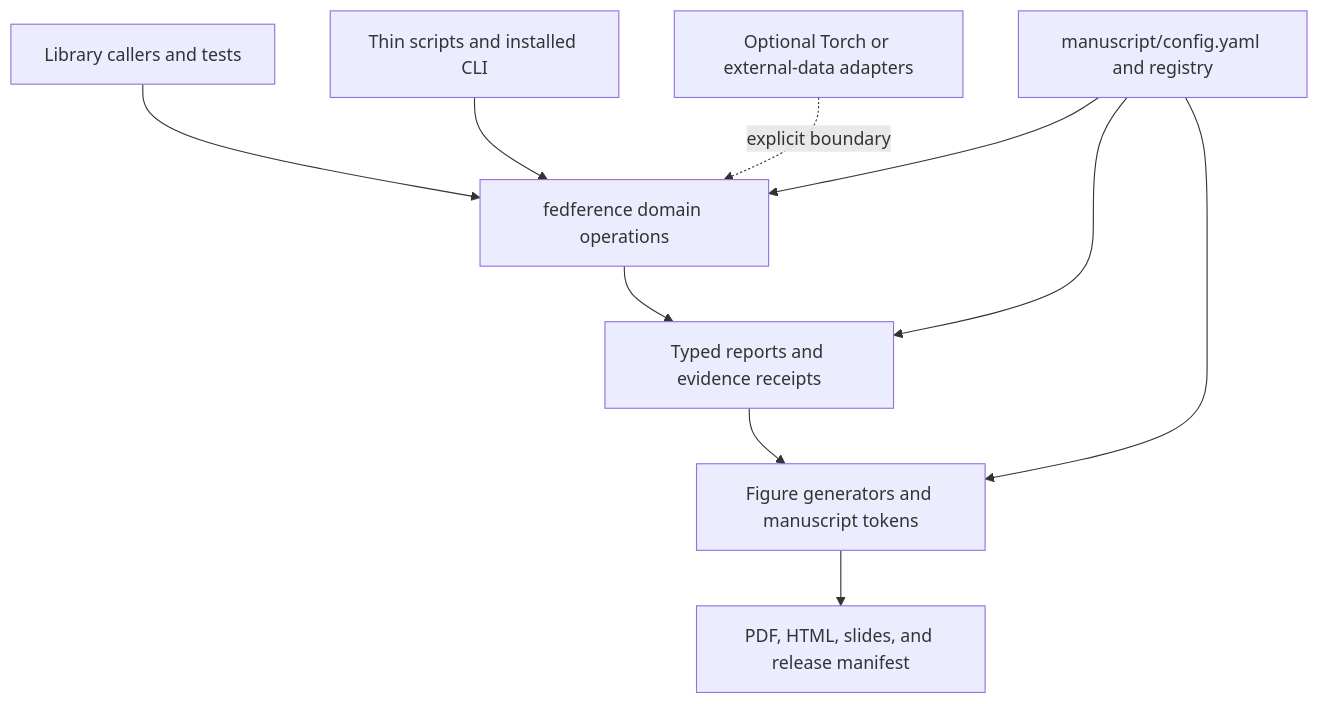
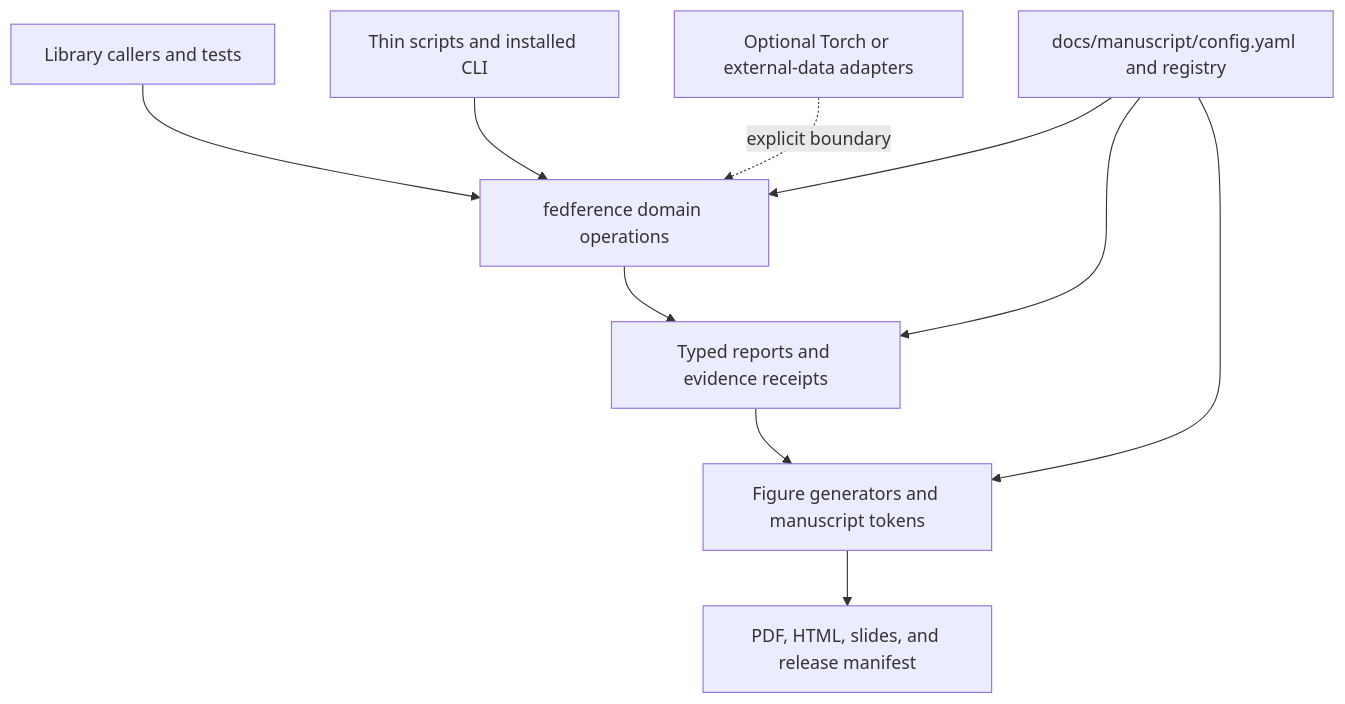
The diagram in docs/development/modularity.md (ActiveInferenceInstitute/Active_Fedference), drawn with Mermaid before and after one commit. The commit also changed 202 other files, not shown here.

````diff
--- a/docs/development/modularity.md
+++ b/docs/development/modularity.md
@@ -17,14 +17,14 @@
 ```mermaid
 flowchart TD
     accTitle: Active Fedference layer ownership
     accDescr: Callers and thin process adapters delegate to domain operations, typed reports feed figures and manuscript tokens, and source configuration constrains every reusable layer.
     U["Library callers and tests"] --> D["fedference domain operations"]
     S["Thin scripts and installed CLI"] --> D
     D --> R["Typed reports and evidence receipts"]
     R --> F["Figure generators and manuscript tokens"]
     F --> P["PDF, HTML, slides, and release manifest"]
-    C["manuscript/config.yaml and registry"] --> D
+    C["docs/manuscript/config.yaml and registry"] --> D
     C --> R
     C --> F
     X["Optional Torch or external-data adapters"] -. "explicit boundary" .-> D
 ```
````
